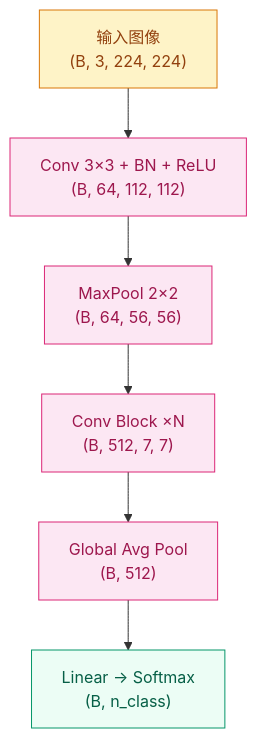
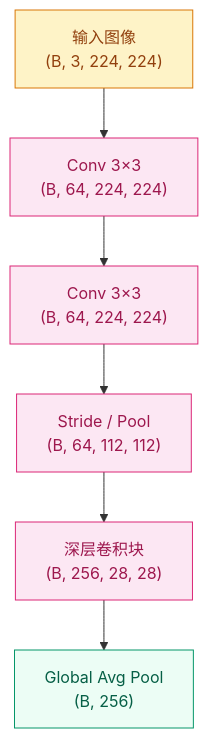
Before and after one commit to zkywsg/Daily-LLM: the first of 2 diagrams in 01-Visual-Intelligence/cnn-architectures/README.md, drawn with Mermaid. The commit also changed other lines of this file and 2 other files, not shown here.

First line of the commit message:
docs: rewrite CNN architecture chapter in the new teaching format

````diff
--- a/01-Visual-Intelligence/cnn-architectures/README.md
+++ b/01-Visual-Intelligence/cnn-architectures/README.md
@@ -51,15 +60,15 @@
 ```mermaid
 graph TD
-    IMG["输入图像\n(B, 3, 224, 224)"]:::input
-    C1["Conv 3×3 + BN + ReLU\n(B, 64, 112, 112)"]:::compute
-    P1["MaxPool 2×2\n(B, 64, 56, 56)"]:::compute
-    C2["Conv Block ×N\n(B, 512, 7, 7)"]:::compute
-    GAP["Global Avg Pool\n(B, 512)"]:::compute
-    FC["Linear → Softmax\n(B, n_class)"]:::output
+    IMG["输入图像<br/>(B, 3, 224, 224)"]:::input
+    C1["Conv 3×3<br/>(B, 64, 224, 224)"]:::compute
+    C2["Conv 3×3<br/>(B, 64, 224, 224)"]:::compute
+    DS["Stride / Pool<br/>(B, 64, 112, 112)"]:::compute
+    C3["深层卷积块<br/>(B, 256, 28, 28)"]:::compute
+    GAP["Global Avg Pool<br/>(B, 256)"]:::output
 
-    IMG --> C1 --> P1 --> C2 --> GAP --> FC
+    IMG --> C1 --> C2 --> DS --> C3 --> GAP
 
     classDef input fill:#fef3c7,stroke:#d97706,color:#92400e
     classDef compute fill:#fce7f3,stroke:#db2777,color:#9d174d
     classDef output fill:#ecfdf5,stroke:#059669,color:#065f46
 ```
````
